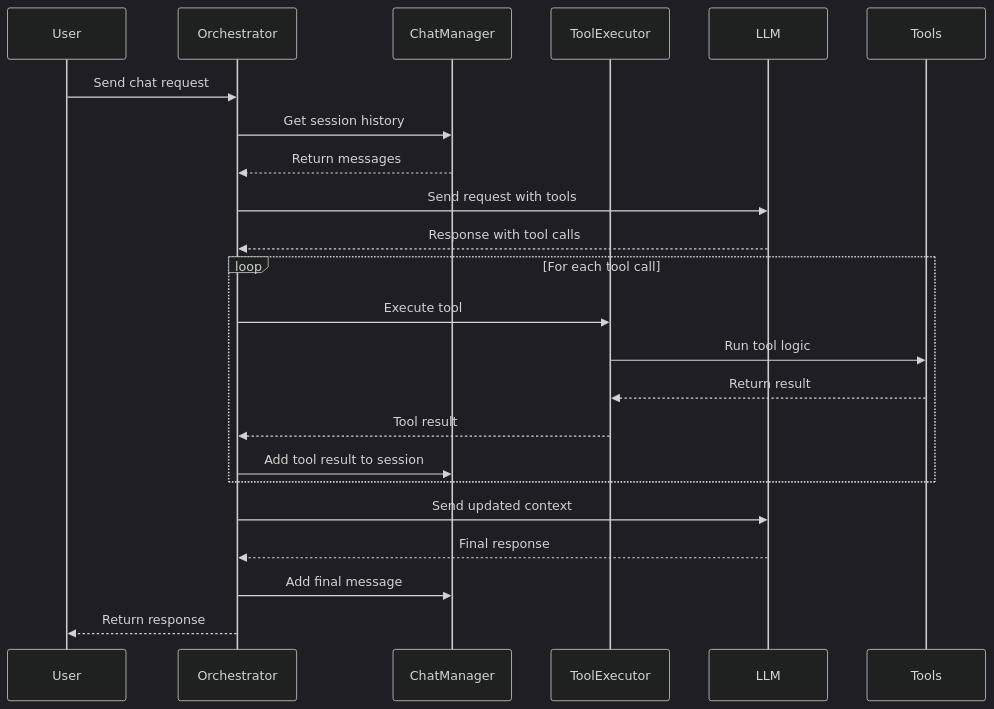
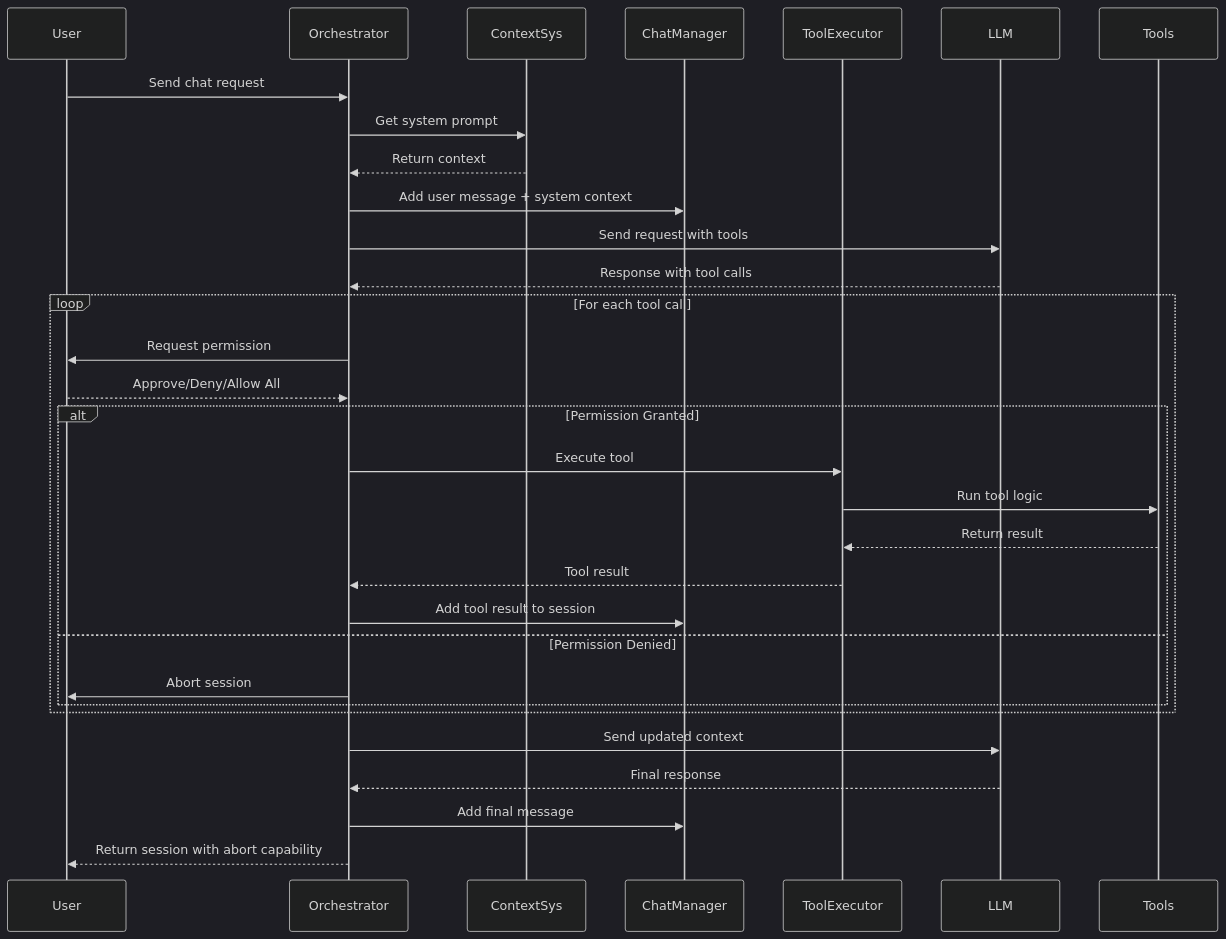
One commit to NeaByteLab/LLM-Toolkit changed the diagram in README.md. Above: the diagram before and after it, drawn with Mermaid (dark theme). The commit also changed other lines of this file and 8 other files, not shown here.

````diff
--- a/README.md
+++ b/README.md
@@ -22,28 +24,36 @@
 ```mermaid
 sequenceDiagram
     participant User
     participant Orchestrator
+    participant ContextSys
     participant ChatManager
     participant ToolExecutor
     participant LLM
     participant Tools
 
     User->>Orchestrator: Send chat request
-    Orchestrator->>ChatManager: Get session history
-    ChatManager-->>Orchestrator: Return messages
+    Orchestrator->>ContextSys: Get system prompt
+    ContextSys-->>Orchestrator: Return context
+    Orchestrator->>ChatManager: Add user message + system context
     Orchestrator->>LLM: Send request with tools
     LLM-->>Orchestrator: Response with tool calls
 
     loop For each tool call
-        Orchestrator->>ToolExecutor: Execute tool
-        ToolExecutor->>Tools: Run tool logic
-        Tools-->>ToolExecutor: Return result
-        ToolExecutor-->>Orchestrator: Tool result
-        Orchestrator->>ChatManager: Add tool result to session
+        Orchestrator->>User: Request permission
+        User-->>Orchestrator: Approve/Deny/Allow All
+        alt Permission Granted
+            Orchestrator->>ToolExecutor: Execute tool
+            ToolExecutor->>Tools: Run tool logic
+            Tools-->>ToolExecutor: Return result
+            ToolExecutor-->>Orchestrator: Tool result
+            Orchestrator->>ChatManager: Add tool result to session
+        else Permission Denied
+            Orchestrator->>User: Abort session
+        end
     end
 
     Orchestrator->>LLM: Send updated context
     LLM-->>Orchestrator: Final response
     Orchestrator->>ChatManager: Add final message
-    Orchestrator-->>User: Return response
+    Orchestrator-->>User: Return session with abort capability
 ```
````
